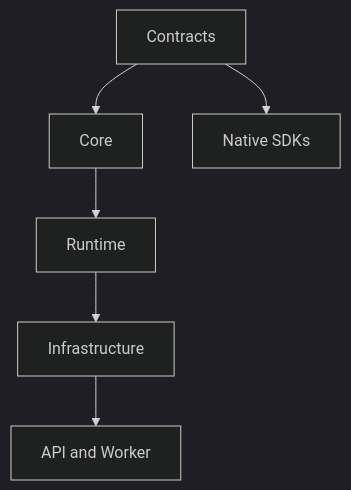
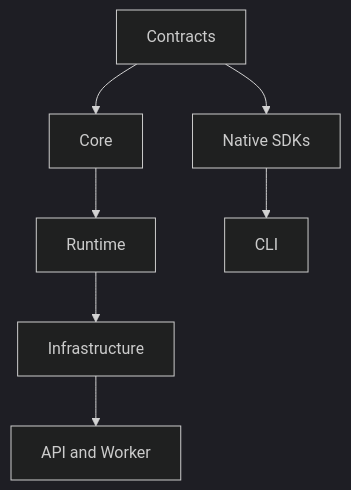
Diagram 13 of 14 in docs/architecture.md (lazineziri/iRoute), drawn with Mermaid (dark theme) before and after one commit. The commit also changed other lines of this file and 45 other files, not shown here.

````diff
--- a/docs/architecture.md
+++ b/docs/architecture.md
@@ -214,8 +214,9 @@
 ```mermaid
 flowchart TD
     A["Contracts"] --> B["Core"]
     B --> C["Runtime"]
     C --> D["Infrastructure"]
     D --> E["API and Worker"]
     A --> F["Native SDKs"]
+    F --> G["CLI"]
 ```
````
